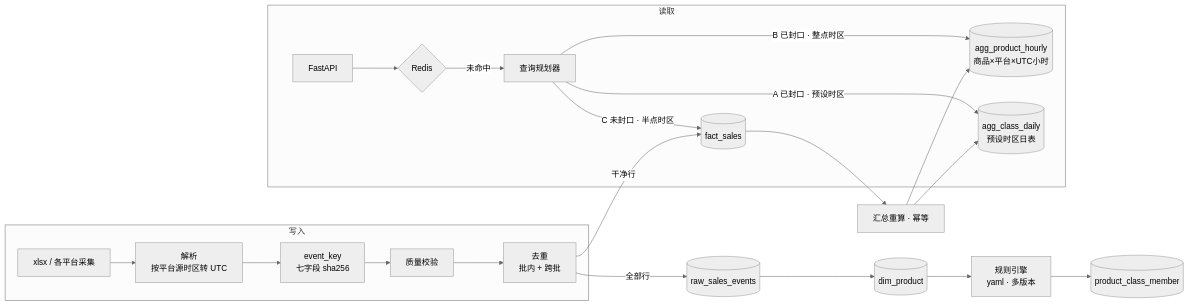
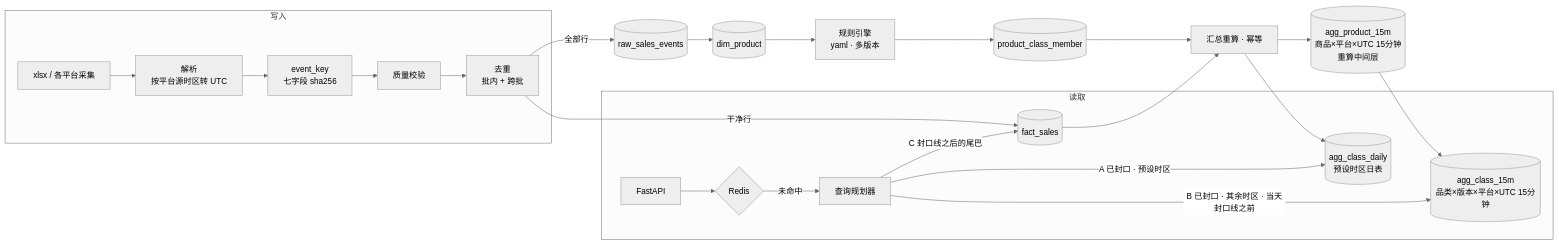
Before and after one commit to yuhangziyue/sales-trend: the diagram in README.md, drawn with Mermaid (neutral theme). The commit also changed other lines of this file and 34 other files, not shown here.

````diff
--- a/README.md
+++ b/README.md
@@ -54,24 +73,26 @@
 ```mermaid
 flowchart LR
   subgraph 写入
     X[xlsx / 各平台采集] --> P[解析<br/>按平台源时区转 UTC]
     P --> K[event_key<br/>七字段 sha256]
     K --> Q[质量校验]
     Q --> D[去重<br/>批内 + 跨批]
   end
   D -->|全部行| RAW[(raw_sales_events)]
   D -->|干净行| FACT[(fact_sales)]
   RAW --> DIM[(dim_product)]
   DIM --> CLS[规则引擎<br/>yaml · 多版本]
   CLS --> MEM[(product_class_member)]
   FACT --> RU[汇总重算 · 幂等]
-  RU --> H[(agg_product_hourly<br/>商品×平台×UTC小时)]
+  MEM --> RU
+  RU --> H[(agg_product_15m<br/>商品×平台×UTC 15分钟<br/>重算中间层)]
+  H --> CH[(agg_class_15m<br/>品类×版本×平台×UTC 15分钟)]
   RU --> DC[(agg_class_daily<br/>预设时区日表)]
   subgraph 读取
     API[FastAPI] --> C{Redis}
     C -->|未命中| QP[查询规划器]
     QP -->|A 已封口 · 预设时区| DC
-    QP -->|B 已封口 · 整点时区| H
-    QP -->|C 未封口 · 半点时区| FACT
+    QP -->|B 已封口 · 其余时区 · 当天封口线之前| CH
+    QP -->|C 封口线之后的尾巴| FACT
   end
 ```
````
